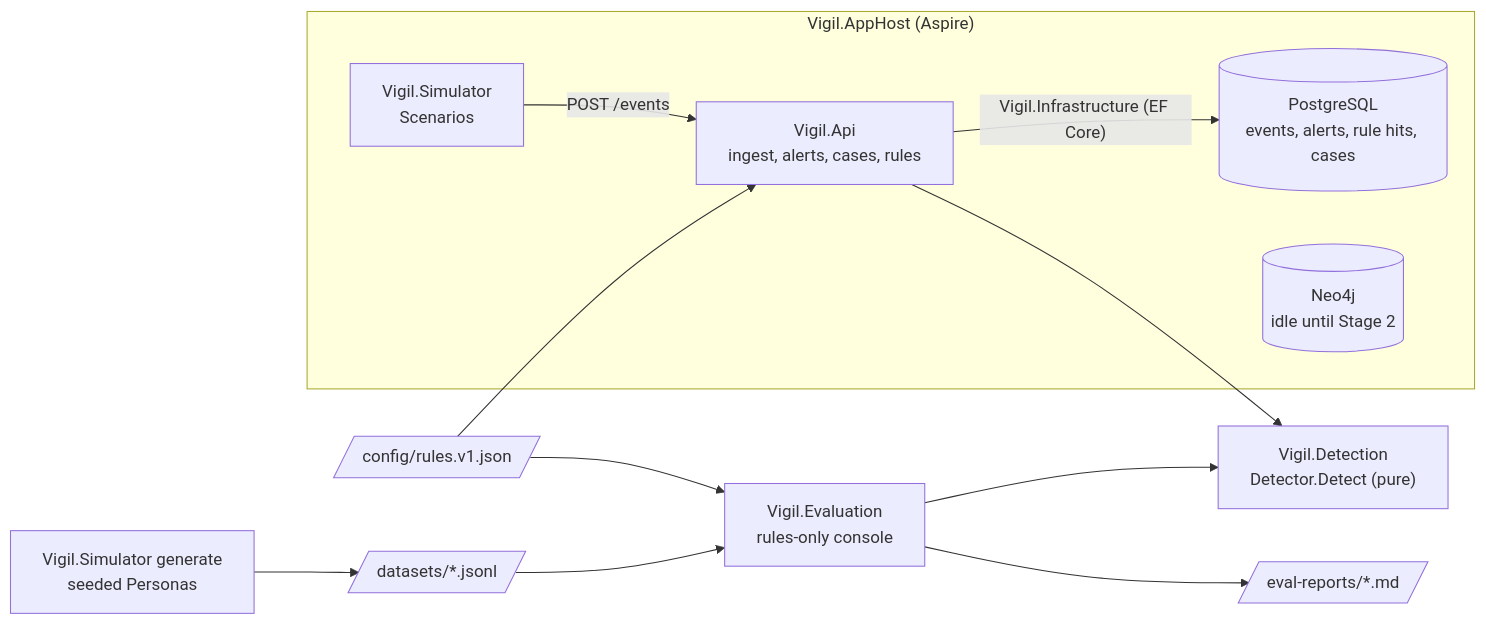
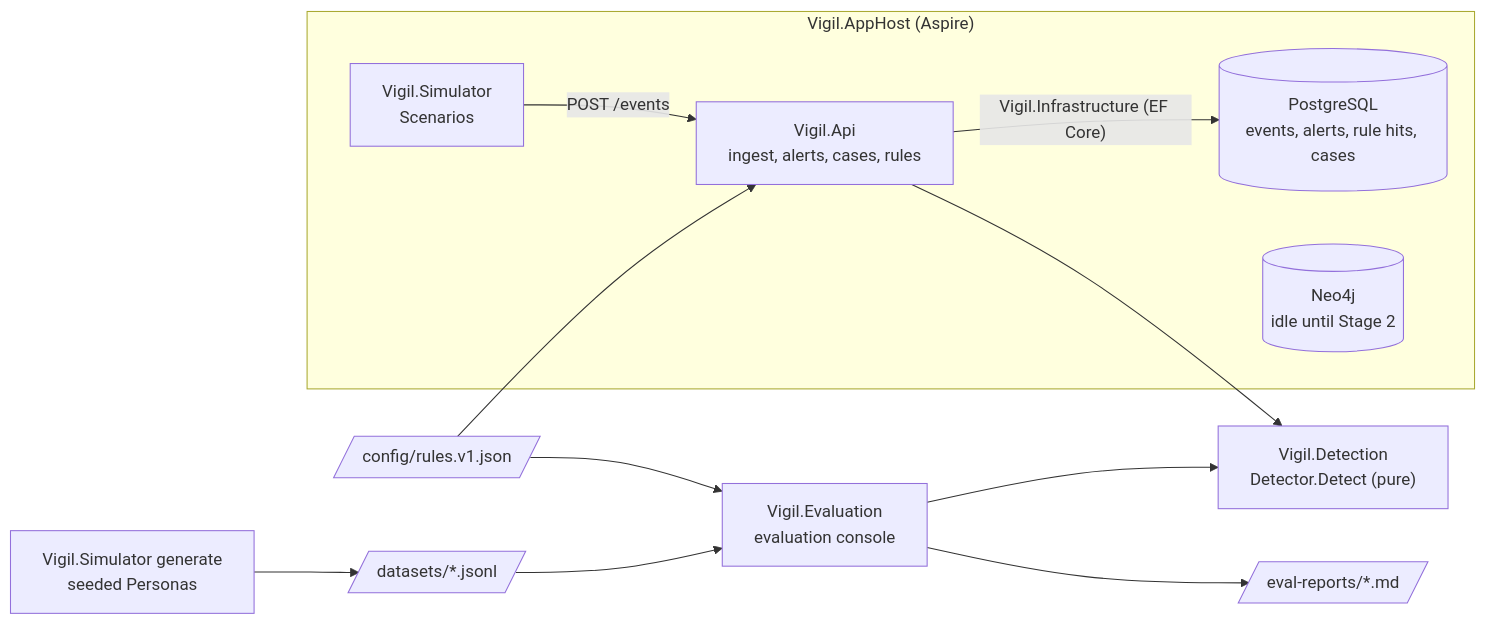
Before and after one commit to NaveenManjappa/vigil: the first of 2 diagrams in docs/architecture.md, drawn with Mermaid. The commit also changed other lines of this file and 13 other files, not shown here.

First line of the commit message:
Stage 2.8: evaluation, graph off (v1) vs on (v2)

````diff
--- a/docs/architecture.md
+++ b/docs/architecture.md
@@ -7,25 +7,25 @@
 ```mermaid
 flowchart LR
     subgraph AppHost["Vigil.AppHost (Aspire)"]
         Sim["Vigil.Simulator<br/>Scenarios"]
         Api["Vigil.Api<br/>ingest, alerts, cases, rules"]
         Pg[("PostgreSQL<br/>events, alerts, rule hits, cases")]
         Neo[("Neo4j<br/>idle until Stage 2")]
     end
 
     Rules[/"config/rules.v1.json"/]
     Det["Vigil.Detection<br/>Detector.Detect (pure)"]
     Gen["Vigil.Simulator generate<br/>seeded Personas"]
     Ds[/"datasets/*.jsonl"/]
-    Eval["Vigil.Evaluation<br/>rules-only console"]
+    Eval["Vigil.Evaluation<br/>evaluation console"]
     Rep[/"eval-reports/*.md"/]
 
     Sim -- "POST /events" --> Api
     Api -- "Vigil.Infrastructure (EF Core)" --> Pg
     Api --> Det
     Rules --> Api
     Gen --> Ds --> Eval
     Rules --> Eval
     Eval --> Det
     Eval --> Rep
 ```
````
